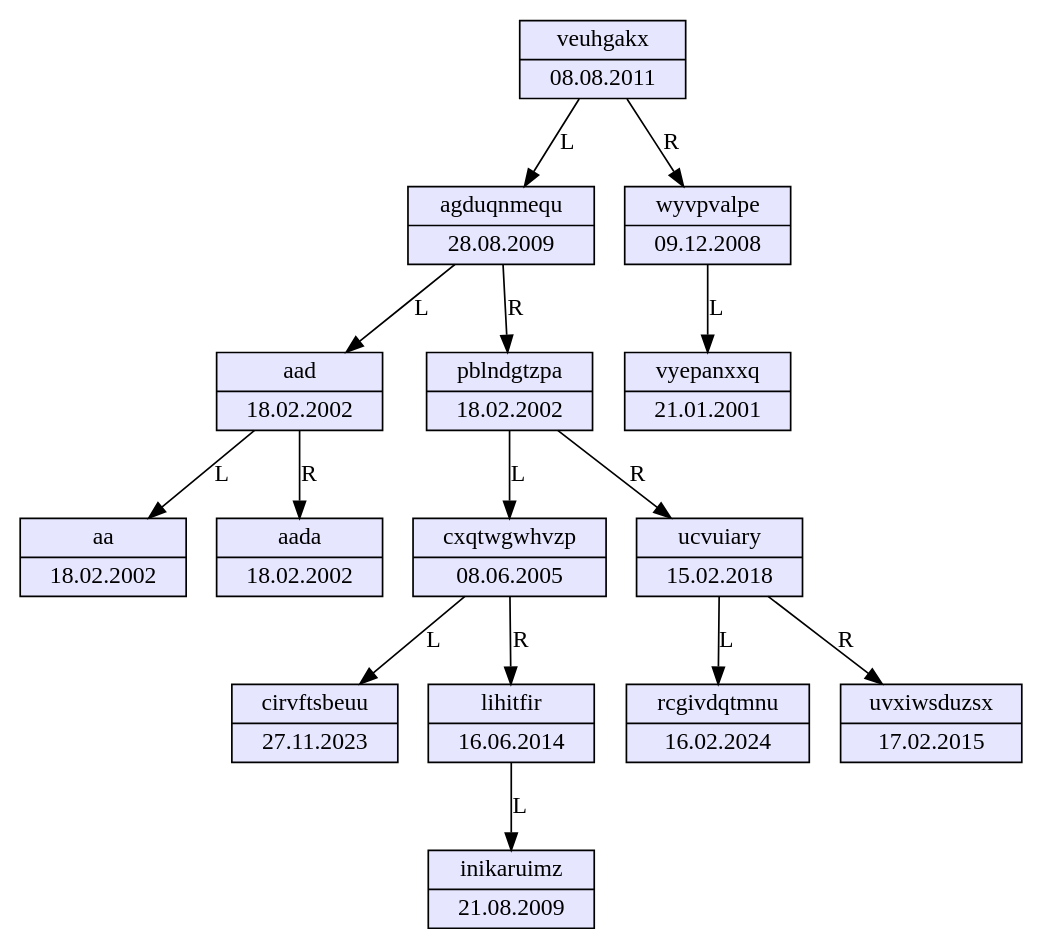
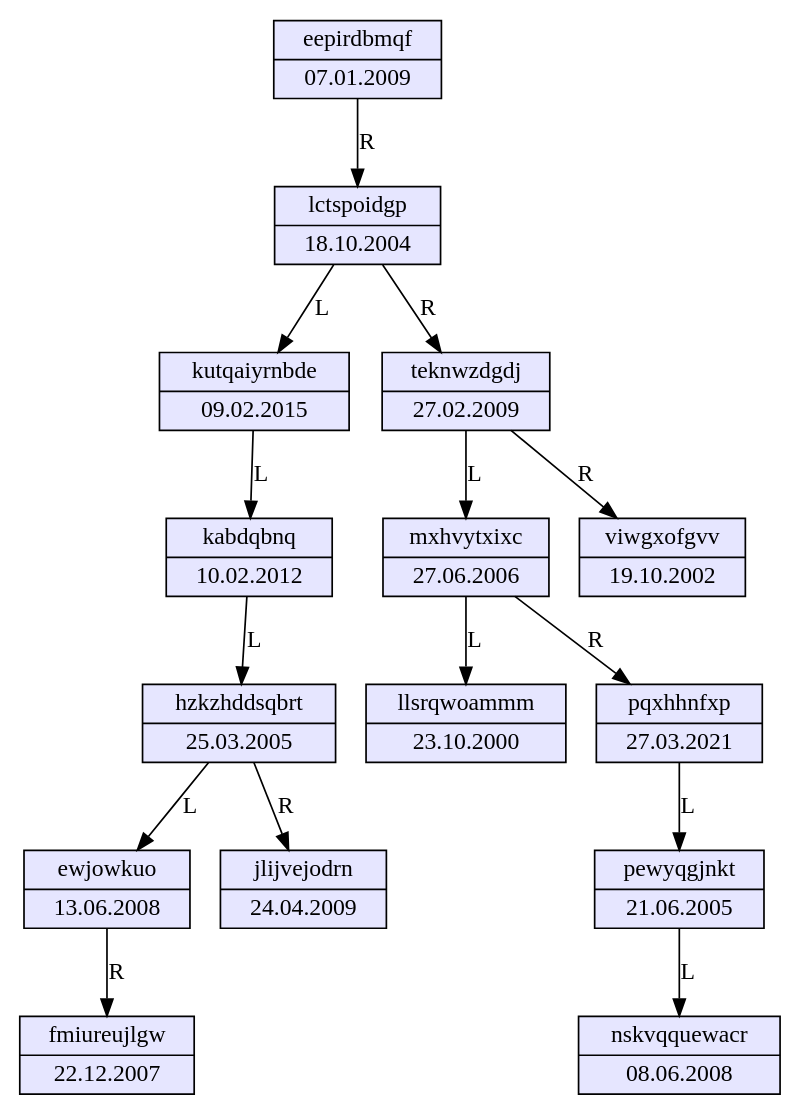
The diagram in 6/tree.dot (burindin235/tisd), drawn with Graphviz before and after one commit. The commit also changed 7 other files, not shown here.

```diff
--- a/6/tree.dot
+++ b/6/tree.dot
@@ -1,32 +1,32 @@
 digraph BST {
   node [shape=record, style=filled, fillcolor="#E6E6FF"];
-  "0x635741132ac0" [label="{veuhgakx | 08.08.2011}"];
-  "0x635741132ac0" -> "0x635741132b40" [label="L"];
-  "0x635741132b40" [label="{agduqnmequ | 28.08.2009}"];
-  "0x635741132b40" -> "0x6357411334b0" [label="L"];
-  "0x6357411334b0" [label="{aad | 18.02.2002}"];
-  "0x6357411334b0" -> "0x6357411335b0" [label="L"];
-  "0x6357411335b0" [label="{aa | 18.02.2002}"];
-  "0x6357411334b0" -> "0x635741133530" [label="R"];
-  "0x635741133530" [label="{aada | 18.02.2002}"];
-  "0x635741132b40" -> "0x635741132bc0" [label="R"];
-  "0x635741132bc0" [label="{pblndgtzpa | 18.02.2002}"];
-  "0x635741132bc0" -> "0x6357411330b0" [label="L"];
-  "0x6357411330b0" [label="{cxqtwgwhvzp | 08.06.2005}"];
-  "0x6357411330b0" -> "0x635741133130" [label="L"];
-  "0x635741133130" [label="{cirvftsbeuu | 27.11.2023}"];
-  "0x6357411330b0" -> "0x635741133330" [label="R"];
-  "0x635741133330" [label="{lihitfir | 16.06.2014}"];
-  "0x635741133330" -> "0x635741133430" [label="L"];
-  "0x635741133430" [label="{inikaruimz | 21.08.2009}"];
-  "0x635741132bc0" -> "0x635741132c40" [label="R"];
-  "0x635741132c40" [label="{ucvuiary | 15.02.2018}"];
-  "0x635741132c40" -> "0x6357411331b0" [label="L"];
-  "0x6357411331b0" [label="{rcgivdqtmnu | 16.02.2024}"];
-  "0x635741132c40" -> "0x6357411333b0" [label="R"];
-  "0x6357411333b0" [label="{uvxiwsduzsx | 17.02.2015}"];
-  "0x635741132ac0" -> "0x635741133230" [label="R"];
-  "0x635741133230" [label="{wyvpvalpe | 09.12.2008}"];
-  "0x635741133230" -> "0x6357411332b0" [label="L"];
-  "0x6357411332b0" [label="{vyepanxxq | 21.01.2001}"];
+  "0x62c5305c0ac0" [label="{eepirdbmqf | 07.01.2009}"];
+  "0x62c5305c0ac0" -> "0x62c5305c0b40" [label="R"];
+  "0x62c5305c0b40" [label="{lctspoidgp | 18.10.2004}"];
+  "0x62c5305c0b40" -> "0x62c5305c0bc0" [label="L"];
+  "0x62c5305c0bc0" [label="{kutqaiyrnbde | 09.02.2015}"];
+  "0x62c5305c0bc0" -> "0x62c5305c0cc0" [label="L"];
+  "0x62c5305c0cc0" [label="{kabdqbnq | 10.02.2012}"];
+  "0x62c5305c0cc0" -> "0x62c5305c0d40" [label="L"];
+  "0x62c5305c0d40" [label="{hzkzhddsqbrt | 25.03.2005}"];
+  "0x62c5305c0d40" -> "0x62c5305c0dc0" [label="L"];
+  "0x62c5305c0dc0" [label="{ewjowkuo | 13.06.2008}"];
+  "0x62c5305c0dc0" -> "0x62c5305c1530" [label="R"];
+  "0x62c5305c1530" [label="{fmiureujlgw | 22.12.2007}"];
+  "0x62c5305c0d40" -> "0x62c5305c1330" [label="R"];
+  "0x62c5305c1330" [label="{jlijvejodrn | 24.04.2009}"];
+  "0x62c5305c0b40" -> "0x62c5305c0c40" [label="R"];
+  "0x62c5305c0c40" [label="{teknwzdgdj | 27.02.2009}"];
+  "0x62c5305c0c40" -> "0x62c5305c1230" [label="L"];
+  "0x62c5305c1230" [label="{mxhvytxixc | 27.06.2006}"];
+  "0x62c5305c1230" -> "0x62c5305c12b0" [label="L"];
+  "0x62c5305c12b0" [label="{llsrqwoammm | 23.10.2000}"];
+  "0x62c5305c1230" -> "0x62c5305c13b0" [label="R"];
+  "0x62c5305c13b0" [label="{pqxhhnfxp | 27.03.2021}"];
+  "0x62c5305c13b0" -> "0x62c5305c1430" [label="L"];
+  "0x62c5305c1430" [label="{pewyqgjnkt | 21.06.2005}"];
+  "0x62c5305c1430" -> "0x62c5305c15b0" [label="L"];
+  "0x62c5305c15b0" [label="{nskvqquewacr | 08.06.2008}"];
+  "0x62c5305c0c40" -> "0x62c5305c14b0" [label="R"];
+  "0x62c5305c14b0" [label="{viwgxofgvv | 19.10.2002}"];
 }
```
